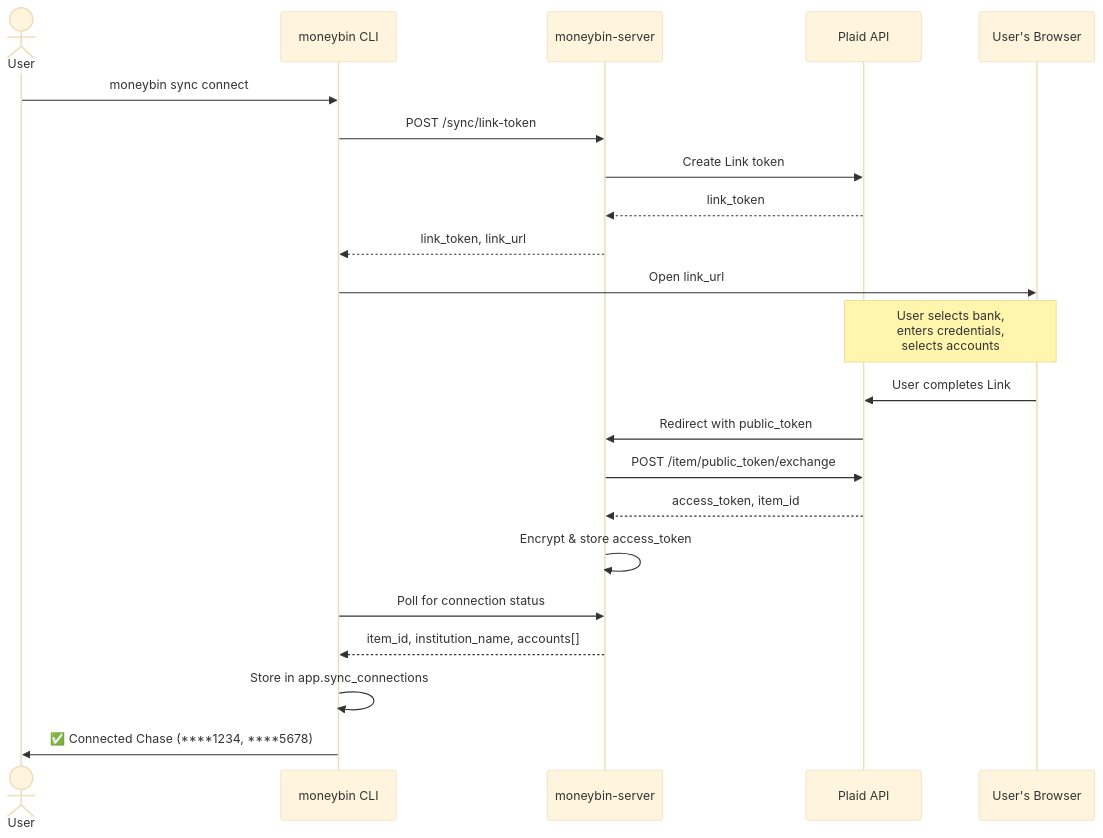
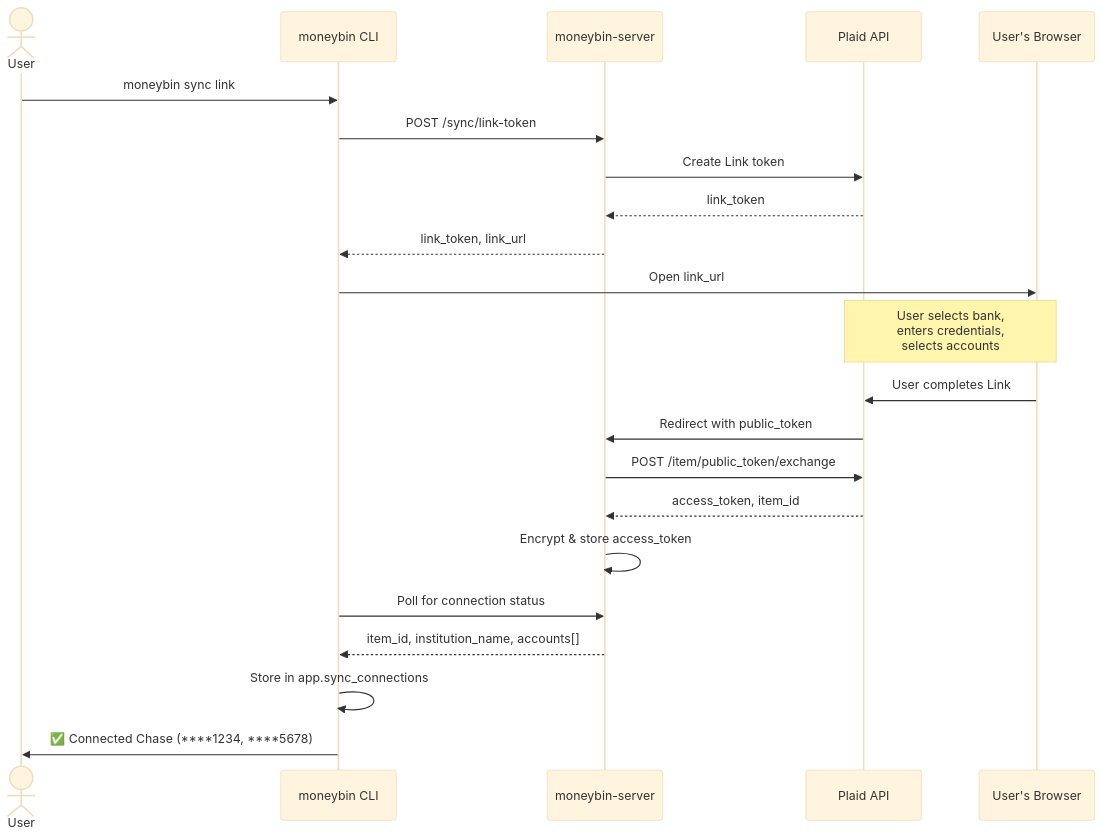
Before and after one commit to bsaffel/moneybin: the diagram in docs/specs/sync-plaid.md, drawn with Mermaid (base theme). The commit also changed other lines of this file and 106 other files, not shown here.

First line of the commit message:
Add connect-gsheet (live Google Sheets sync) + rename sync verb to link (#197)

````diff
--- a/docs/specs/sync-plaid.md
+++ b/docs/specs/sync-plaid.md
@@ -37,29 +37,29 @@
 ```mermaid
 sequenceDiagram
     actor User
     participant CLI as moneybin CLI
     participant Server as moneybin-server
     participant Plaid as Plaid API
     participant Browser as User's Browser
 
-    User->>CLI: moneybin sync connect
+    User->>CLI: moneybin sync link
     CLI->>Server: POST /sync/link-token
     Server->>Plaid: Create Link token
     Plaid-->>Server: link_token
     Server-->>CLI: link_token, link_url
 
     CLI->>Browser: Open link_url
     Note over Browser,Plaid: User selects bank,<br/>enters credentials,<br/>selects accounts
 
     Browser->>Plaid: User completes Link
     Plaid->>Server: Redirect with public_token
     Server->>Plaid: POST /item/public_token/exchange
     Plaid-->>Server: access_token, item_id
     Server->>Server: Encrypt & store access_token
 
     CLI->>Server: Poll for connection status
     Server-->>CLI: item_id, institution_name, accounts[]
 
     CLI->>CLI: Store in app.sync_connections
     CLI->>User: ✅ Connected Chase (****1234, ****5678)
 ```
````
